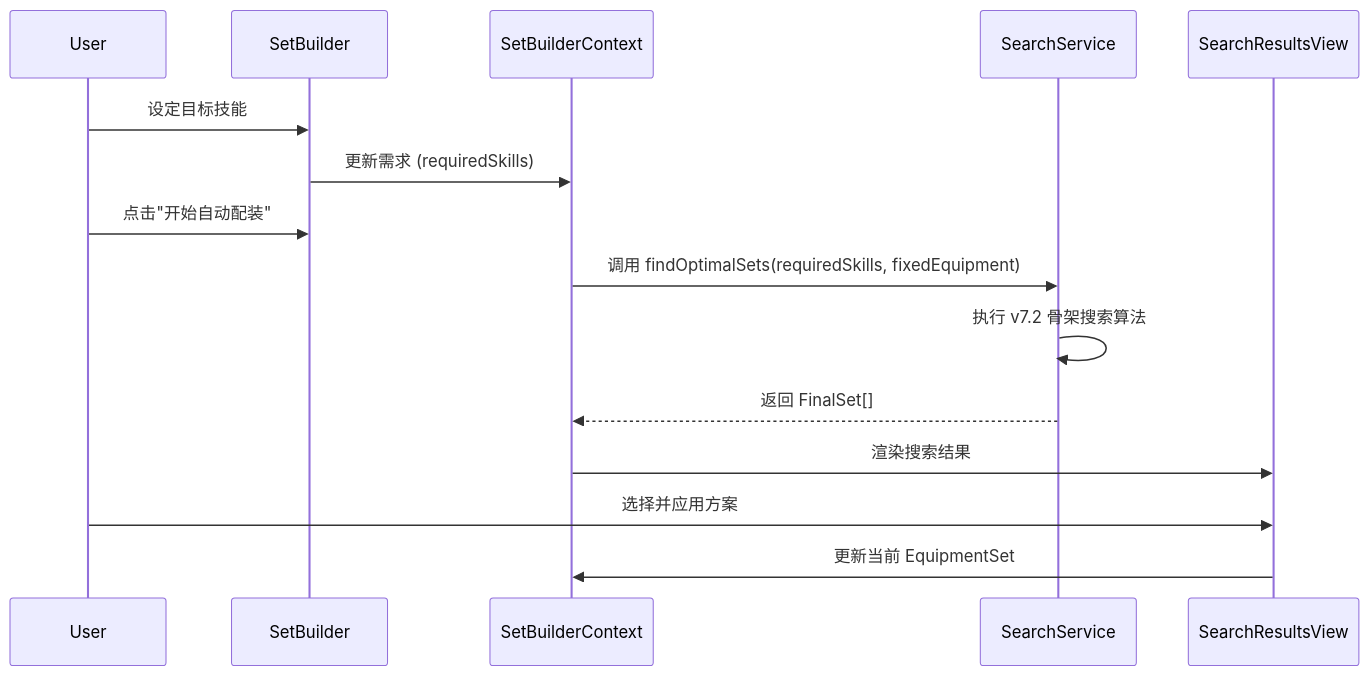
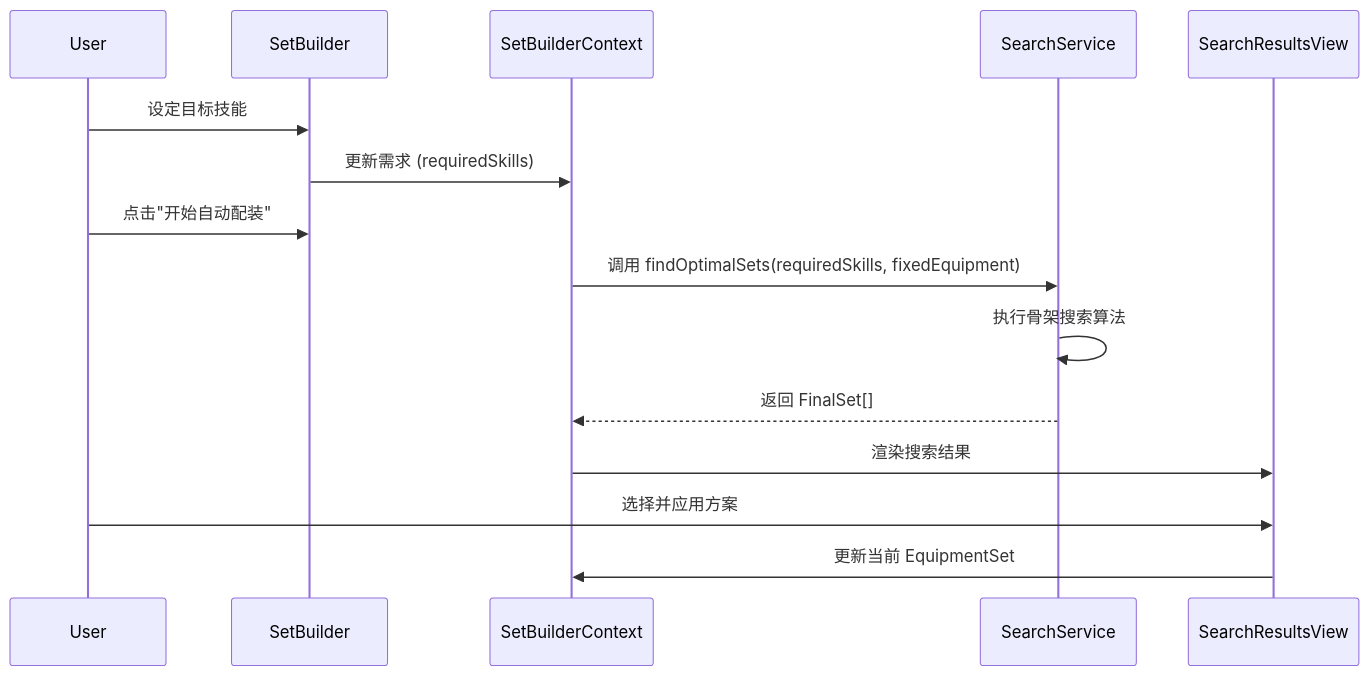
Before and after one commit to mooonseeker/mhws-set-builder: the second of 2 diagrams in ARCHITECTURE.md, drawn with Mermaid. The commit also changed other lines of this file and 14 other files, not shown here.

````diff
--- a/ARCHITECTURE.md
+++ b/ARCHITECTURE.md
@@ -272,18 +282,18 @@
 ```mermaid
 sequenceDiagram
     participant User
     participant SetBuilder
     participant SetBuilderContext
     participant SearchService
     participant SearchResultsView
 
     User->>SetBuilder: 设定目标技能
     SetBuilder->>SetBuilderContext: 更新需求 (requiredSkills)
     User->>SetBuilder: 点击"开始自动配装"
     SetBuilderContext->>SearchService: 调用 findOptimalSets(requiredSkills, fixedEquipment)
-    SearchService->>SearchService: 执行 v7.2 骨架搜索算法
+    SearchService->>SearchService: 执行骨架搜索算法
     SearchService-->>SetBuilderContext: 返回 FinalSet[]
     SetBuilderContext->>SearchResultsView: 渲染搜索结果
     User->>SearchResultsView: 选择并应用方案
     SearchResultsView->>SetBuilderContext: 更新当前 EquipmentSet
 ```
````
